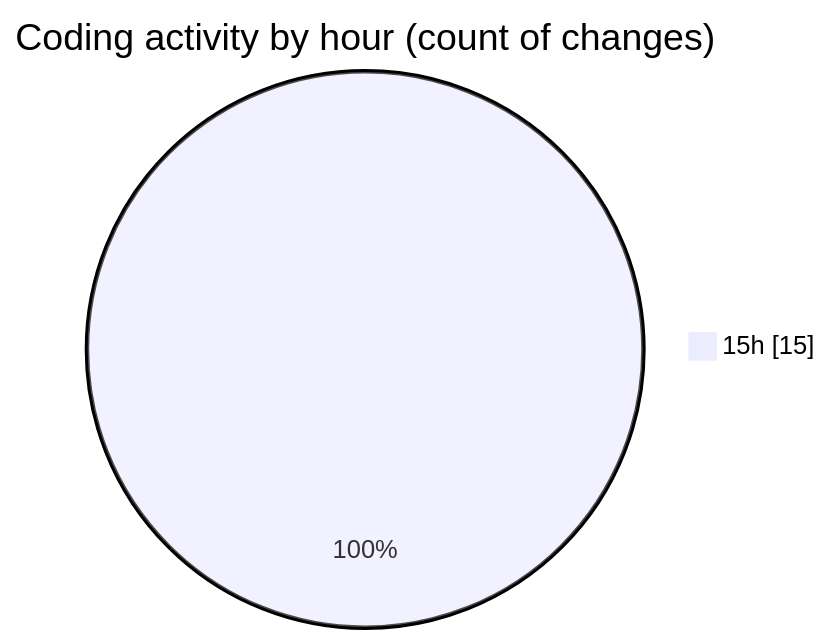
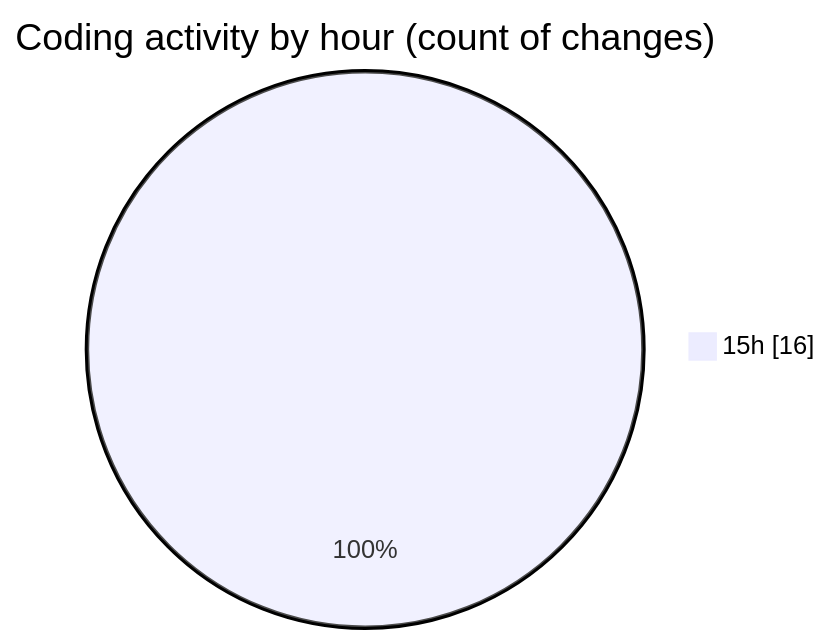
One commit to mevix1/code-tracking changed the second of 2 diagrams in 2025-10-01/oura-api/README.md. Above: the diagram before and after it, drawn with Mermaid. The commit also changed other lines of this file and 1 other file, not shown here.

````diff
--- a/2025-10-01/oura-api/README.md
+++ b/2025-10-01/oura-api/README.md
@@ -32,5 +32,5 @@
 ```mermaid
 pie showData
 title Coding activity by hour (count of changes)
-"15h" : 15
+"15h" : 16
 ```
````
